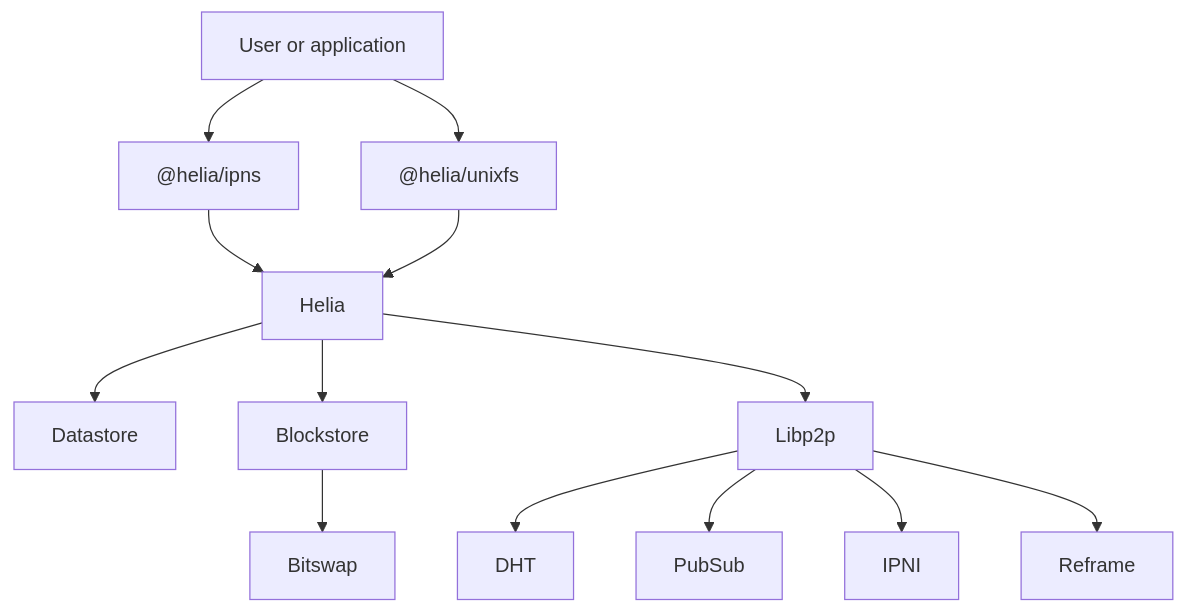
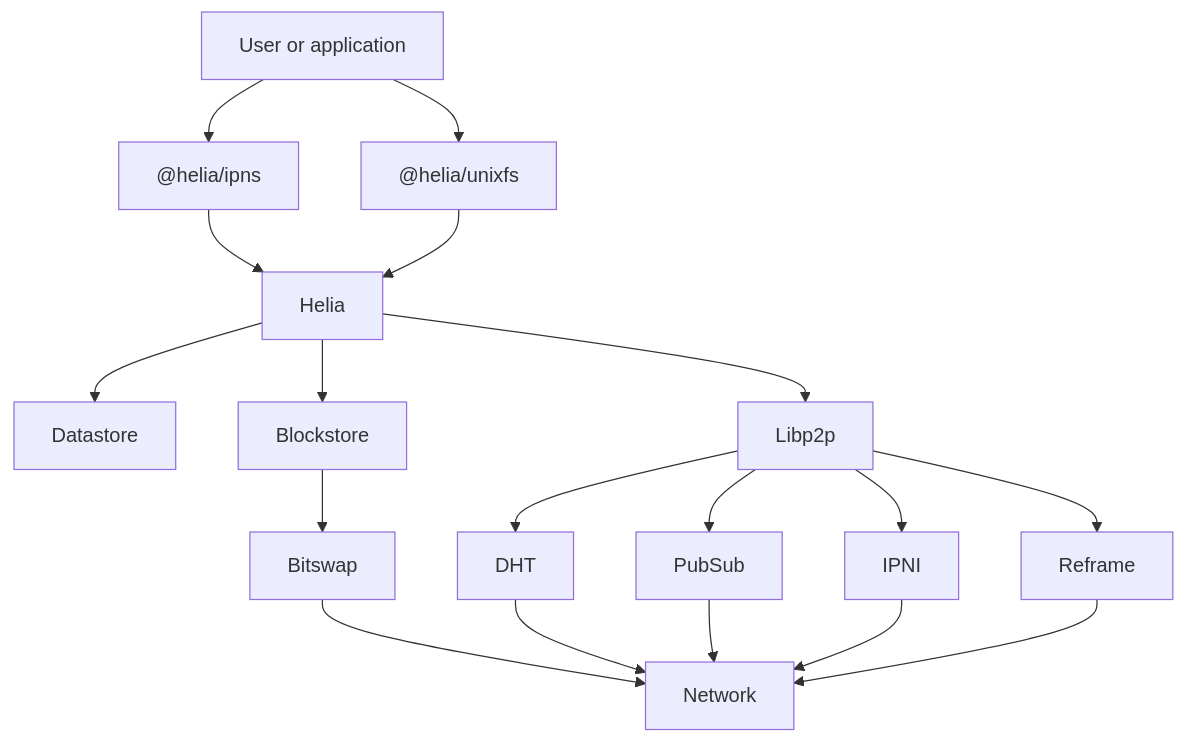
The diagram in README.md (ipfs/helia), drawn with Mermaid before and after one commit.

Commit message:
docs: point to network

````diff
--- a/README.md
+++ b/README.md
@@ -45,15 +45,20 @@
 ```mermaid
 graph TD;
     User["User or application"]-->IPNS["@helia/ipns"];
     User-->UnixFS["@helia/unixfs"];
     IPNS-->Helia;
     UnixFS-->Helia;
     Helia-->Datastore;
     Helia-->Blockstore;
     Helia-->Libp2p;
     Blockstore-->Bitswap;
+    Bitswap-->Network;
     Libp2p-->DHT;
     Libp2p-->PubSub;
     Libp2p-->IPNI;
     Libp2p-->Reframe;
+    DHT-->Network;
+    PubSub-->Network;
+    IPNI-->Network;
+    Reframe-->Network;
 ```
````
